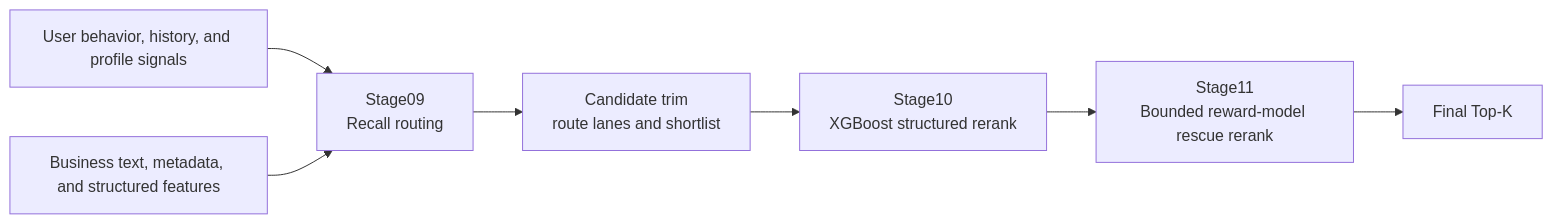
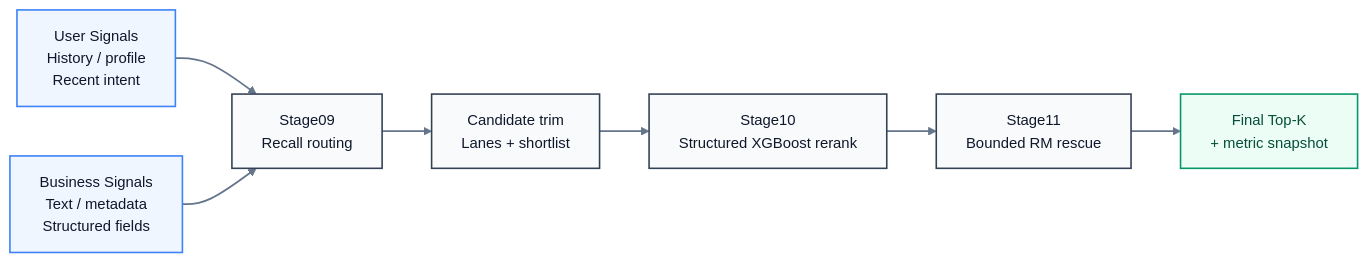
One commit to William-Huang274/Yelp-Offline-Recommendation-Pipeline changed the first of 2 diagrams in README.md. Above: the diagram before and after it, drawn with Mermaid. The commit also changed other lines of this file and 1 other file, not shown here.

Commit message:
docs: polish readme architecture diagrams

````diff
--- a/README.md
+++ b/README.md
@@ -37,9 +37,30 @@
 ```mermaid
+%%{init: {'theme': 'base', 'themeVariables': {
+  'primaryColor': '#F8FAFC',
+  'primaryBorderColor': '#CBD5E1',
+  'primaryTextColor': '#0F172A',
+  'lineColor': '#475569',
+  'secondaryColor': '#EEF2FF',
+  'tertiaryColor': '#ECFDF5',
+  'clusterBkg': '#FFFFFF',
+  'clusterBorder': '#CBD5E1',
+  'fontSize': '15px'
+}}}%%
 flowchart LR
-    U["User behavior, history, and profile signals"] --> R["Stage09<br/>Recall routing"]
-    B["Business text, metadata, and structured features"] --> R
-    R --> T["Candidate trim<br/>route lanes and shortlist"]
-    T --> X["Stage10<br/>XGBoost structured rerank"]
-    X --> M["Stage11<br/>Bounded reward-model rescue rerank"]
-    M --> K["Final Top-K"]
+    classDef input fill:#EFF6FF,stroke:#3B82F6,color:#0F172A,stroke-width:1.6px;
+    classDef stage fill:#F8FAFC,stroke:#334155,color:#0F172A,stroke-width:1.6px;
+    classDef output fill:#ECFDF5,stroke:#059669,color:#064E3B,stroke-width:1.6px;
+    linkStyle default stroke:#64748B,stroke-width:1.8px;
+
+    U["User Signals<br/>History / profile<br/>Recent intent"]:::input
+    B["Business Signals<br/>Text / metadata<br/>Structured fields"]:::input
+    R["Stage09<br/>Recall routing"]:::stage
+    T["Candidate trim<br/>Lanes + shortlist"]:::stage
+    X["Stage10<br/>Structured XGBoost rerank"]:::stage
+    M["Stage11<br/>Bounded RM rescue"]:::stage
+    K["Final Top-K<br/>+ metric snapshot"]:::output
+
+    U --> R
+    B --> R
+    R --> T --> X --> M --> K
 ```
````
